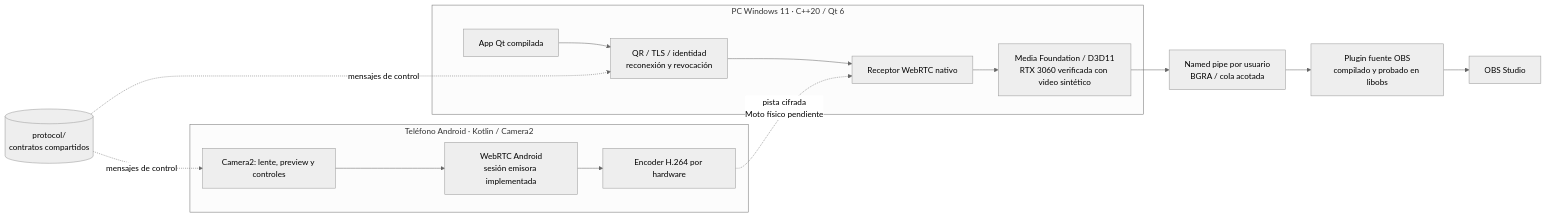
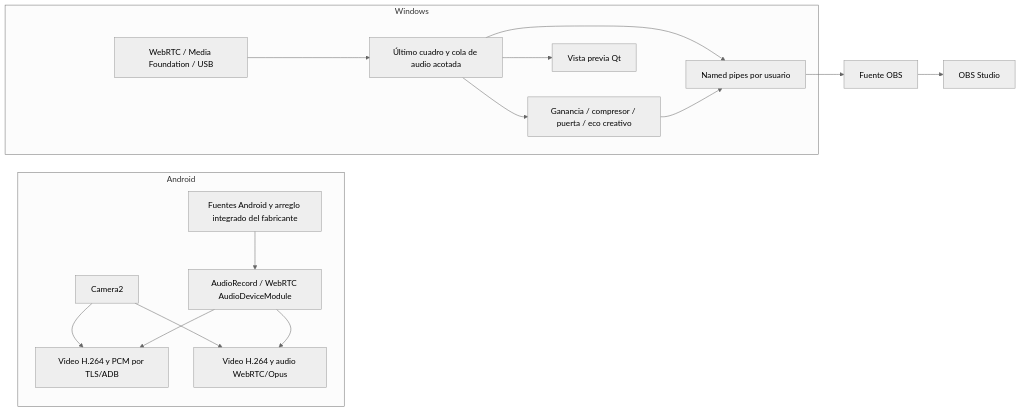
Before and after one commit to julianzanutti/StreamCam: the diagram in docs/MAPA_PROYECTO.md, drawn with Mermaid (neutral theme). The commit also changed other lines of this file and 94 other files, not shown here.

````diff
--- a/docs/MAPA_PROYECTO.md
+++ b/docs/MAPA_PROYECTO.md
@@ -9,28 +9,29 @@
 ```mermaid
 flowchart LR
-    subgraph Android[Teléfono Android · Kotlin / Camera2]
-        A[Camera2: lente, preview y controles]
-        E[Encoder H.264 por hardware]
-        W[WebRTC Android<br/>sesión emisora implementada]
-        A --> W --> E
+    subgraph Android[Android]
+        Camera[Camera2]
+        Mic[AudioRecord / WebRTC AudioDeviceModule]
+        Sources[Fuentes Android y arreglo integrado del fabricante]
+        USB[Video H.264 y PCM por TLS/ADB]
+        Wifi[Video H.264 y audio WebRTC/Opus]
+        Camera --> USB
+        Camera --> Wifi
+        Sources --> Mic
+        Mic --> USB
+        Mic --> Wifi
     end
-
-    subgraph PC[PC Windows 11 · C++20 / Qt 6]
-        S[QR / TLS / identidad<br/>reconexión y revocación]
-        R[Receptor WebRTC nativo]
-        D[Media Foundation / D3D11<br/>RTX 3060 verificada con video sintético]
-        UI[App Qt compilada]
-        S --> R --> D
-        UI --> S
+    subgraph Windows[Windows]
+        Receiver[WebRTC / Media Foundation / USB]
+        Queue[Último cuadro y cola de audio acotada]
+        Voice[Ganancia / compresor / puerta / eco creativo]
+        Preview[Vista previa Qt]
+        IPC[Named pipes por usuario]
+        Receiver --> Queue
+        Queue --> Preview
+        Queue --> IPC
+        Queue --> Voice --> IPC
     end
-
-    P[(protocol/\ncontratos compartidos)]
-    I[Named pipe por usuario<br/>BGRA / cola acotada]
-    O[Plugin fuente OBS<br/>compilado y probado en libobs]
+    Plugin[Fuente OBS]
     OBS[OBS Studio]
-
-    E -. pista cifrada<br/>Moto físico pendiente .-> R
-    P -. mensajes de control .-> A
-    P -. mensajes de control .-> S
-    D --> I --> O --> OBS
+    IPC --> Plugin --> OBS
 ```
````
